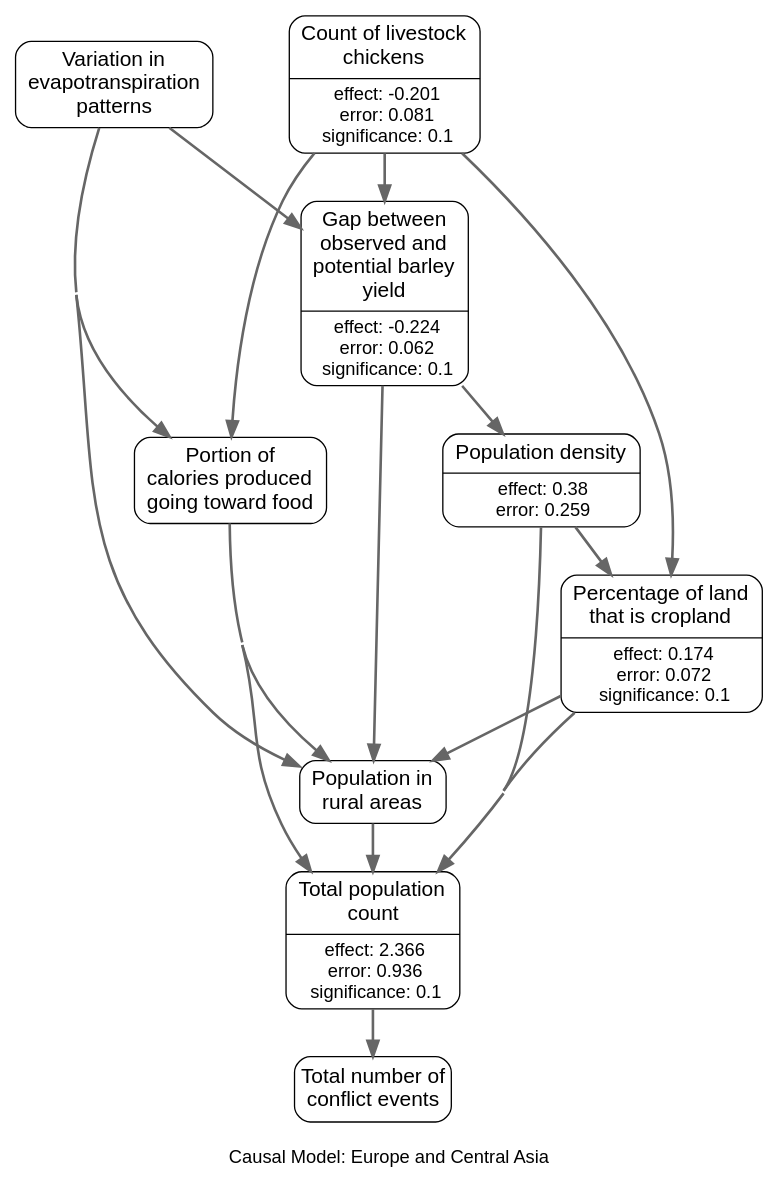
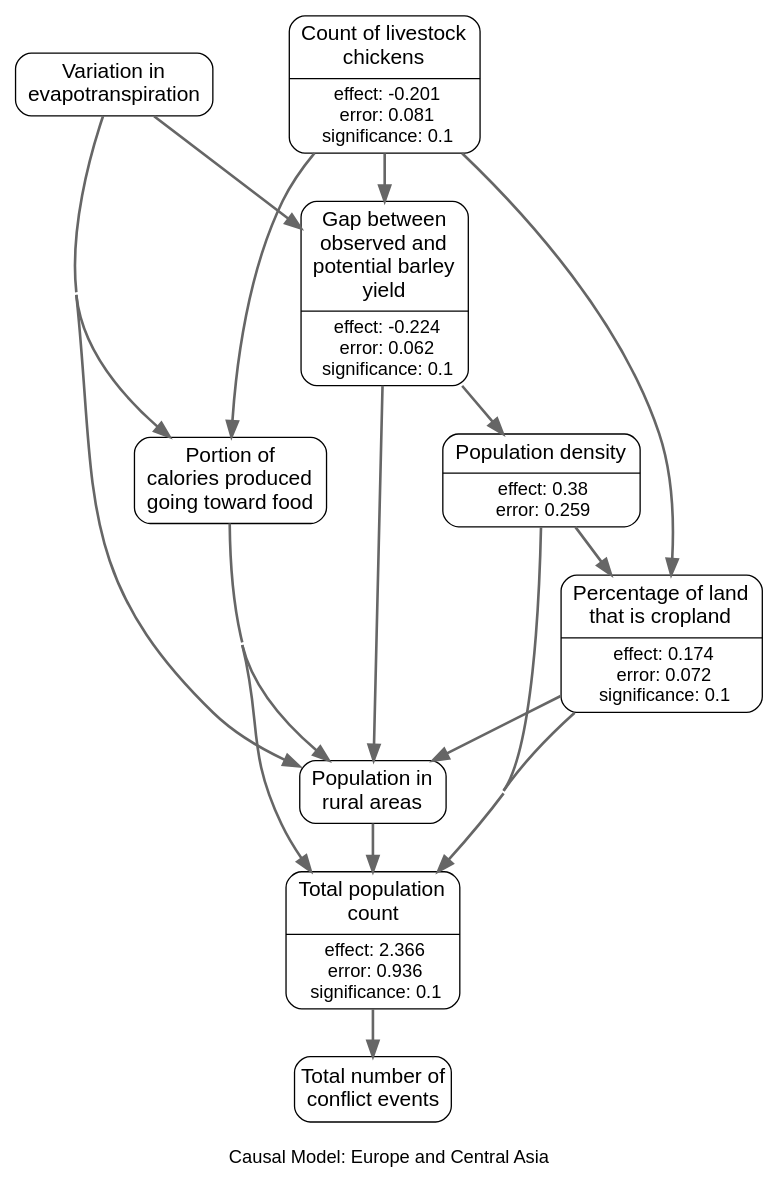
One commit to wri/wri-wpsi changed the diagram in app/javascript/images/regions/causal_graphs/europe_and_central_asia.gv. Above: the diagram before and after it, drawn with Graphviz. The commit also changed 3 other files, not shown here.

```diff
--- a/app/javascript/images/regions/causal_graphs/europe_and_central_asia.gv
+++ b/app/javascript/images/regions/causal_graphs/europe_and_central_asia.gv
@@ -1,78 +1,78 @@
 # generated file for region: europe_and_central_asia by CausalModelRegionGenerator
 strict digraph causalModel {
 fontname="Helvetica, Arial, sans-serif";
 label="
 Causal Model: Europe and Central Asia";
 labelloc = b;
 nodesep = 0.4;
 concentrate = true;
 node[shape = Mrecord, fontname = "Helvetica, Arial, sans-serif", margin = "0.10,0.06", penwidth = 1.0];
 edge[arrowsize = 1.2 penwidth = 2 color="#666666"];
 
 # nodes
 et_anom_m_STD_m [label = <<table align="center" border="0" cellspacing="1" cellpadding="1">
-<tr><td><font point-size="16">Variation in<br/>evapotranspiration<br/>patterns<br/></font></td></tr>
+<tr><td><font point-size="16">Variation in<br/>evapotranspiration<br/></font></td></tr>
 </table>
 >, class = rankA];
 chicken_number_s [label = <{<table align="center" border="0" cellspacing="1" cellpadding="1">
 <tr><td><font point-size="16">Count of livestock<br/>chickens<br/></font></td></tr>
 </table>
 |<table border="0" cellspacing="1" cellpadding="0.5"><tr><td><font point-size="14">effect: -0.201</font></td></tr>
 <tr><td><font point-size="14">error: 0.081</font></td></tr>
 <tr><td><font point-size="14">significance: 0.1</font></td></tr></table>}>, class = rankA];
 yield_gap_barley_s [label = <{<table align="center" border="0" cellspacing="1" cellpadding="1">
 <tr><td><font point-size="16">Gap between<br/>observed and<br/>potential barley<br/>yield<br/></font></td></tr>
 </table>
 |<table border="0" cellspacing="1" cellpadding="0.5"><tr><td><font point-size="14">effect: -0.224</font></td></tr>
 <tr><td><font point-size="14">error: 0.062</font></td></tr>
 <tr><td><font point-size="14">significance: 0.1</font></td></tr></table>}>, class = rankB];
 rurpop_s [label = <<table align="center" border="0" cellspacing="1" cellpadding="1">
 <tr><td><font point-size="16">Population in<br/>rural areas<br/></font></td></tr>
 </table>
 >, class = rankB];
 Cropland2000_mean_percent_s [label = <{<table align="center" border="0" cellspacing="1" cellpadding="1">
 <tr><td><font point-size="16">Percentage of land<br/>that is cropland<br/></font></td></tr>
 </table>
 |<table border="0" cellspacing="1" cellpadding="0.5"><tr><td><font point-size="14">effect: 0.174</font></td></tr>
 <tr><td><font point-size="14">error: 0.072</font></td></tr>
 <tr><td><font point-size="14">significance: 0.1</font></td></tr></table>}>, class = rankB];
 loccount_y [label = <{<table align="center" border="0" cellspacing="1" cellpadding="1">
 <tr><td><font point-size="16">Total population<br/>count<br/></font></td></tr>
 </table>
 |<table border="0" cellspacing="1" cellpadding="0.5"><tr><td><font point-size="14">effect: 2.366</font></td></tr>
 <tr><td><font point-size="14">error: 0.936</font></td></tr>
 <tr><td><font point-size="14">significance: 0.1</font></td></tr></table>}>, class = rankB];
 locdensity_y [label = <{<table align="center" border="0" cellspacing="1" cellpadding="1">
 <tr><td><font point-size="16">Population density</font></td></tr>
 </table>
 |<table border="0" cellspacing="1" cellpadding="0.5"><tr><td><font point-size="14">effect: 0.38</font></td></tr>
 <tr><td><font point-size="14">error: 0.259</font></td></tr></table>}>, class = rankB];
 DeliveredkcalFraction_s [label = <<table align="center" border="0" cellspacing="1" cellpadding="1">
 <tr><td><font point-size="16">Portion of<br/>calories produced<br/>going toward food<br/></font></td></tr>
 </table>
 >, class = rankB];
 acl_sum_evnt_m [label = "Total number of
 conflict events" class = rankC shape=box style=rounded fontsize="16pt" margin = "0.05,0.10"];
 
 #ranks
 {rank=same; et_anom_m_STD_m chicken_number_s; }
 
 # links
 et_anom_m_STD_m -> yield_gap_barley_s ;
 et_anom_m_STD_m -> rurpop_s ;
 et_anom_m_STD_m -> DeliveredkcalFraction_s ;
 chicken_number_s -> yield_gap_barley_s ;
 chicken_number_s -> Cropland2000_mean_percent_s ;
 chicken_number_s -> DeliveredkcalFraction_s ;
 yield_gap_barley_s -> rurpop_s ;
 yield_gap_barley_s -> locdensity_y ;
 rurpop_s -> loccount_y ;
 Cropland2000_mean_percent_s -> rurpop_s ;
 Cropland2000_mean_percent_s -> loccount_y ;
 loccount_y -> acl_sum_evnt_m ;
 locdensity_y -> Cropland2000_mean_percent_s ;
 locdensity_y -> loccount_y ;
 DeliveredkcalFraction_s -> rurpop_s ;
 DeliveredkcalFraction_s -> loccount_y ;
 
 }
```
